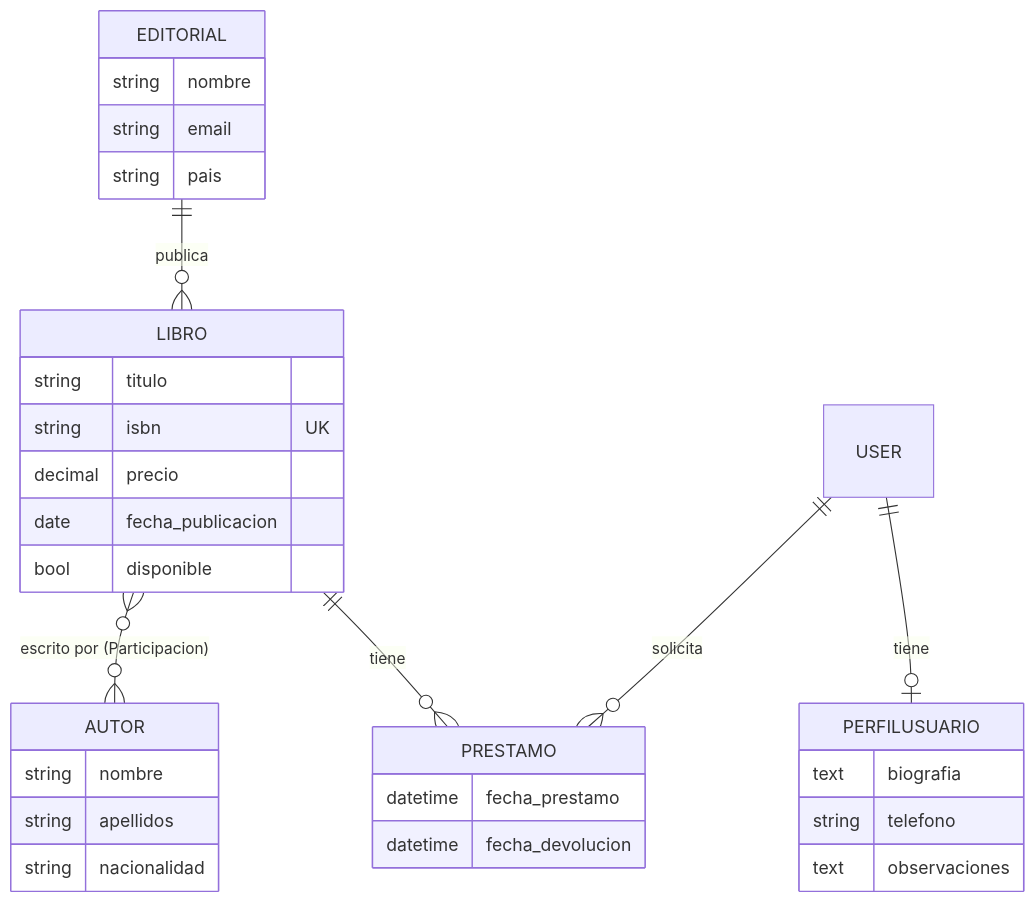
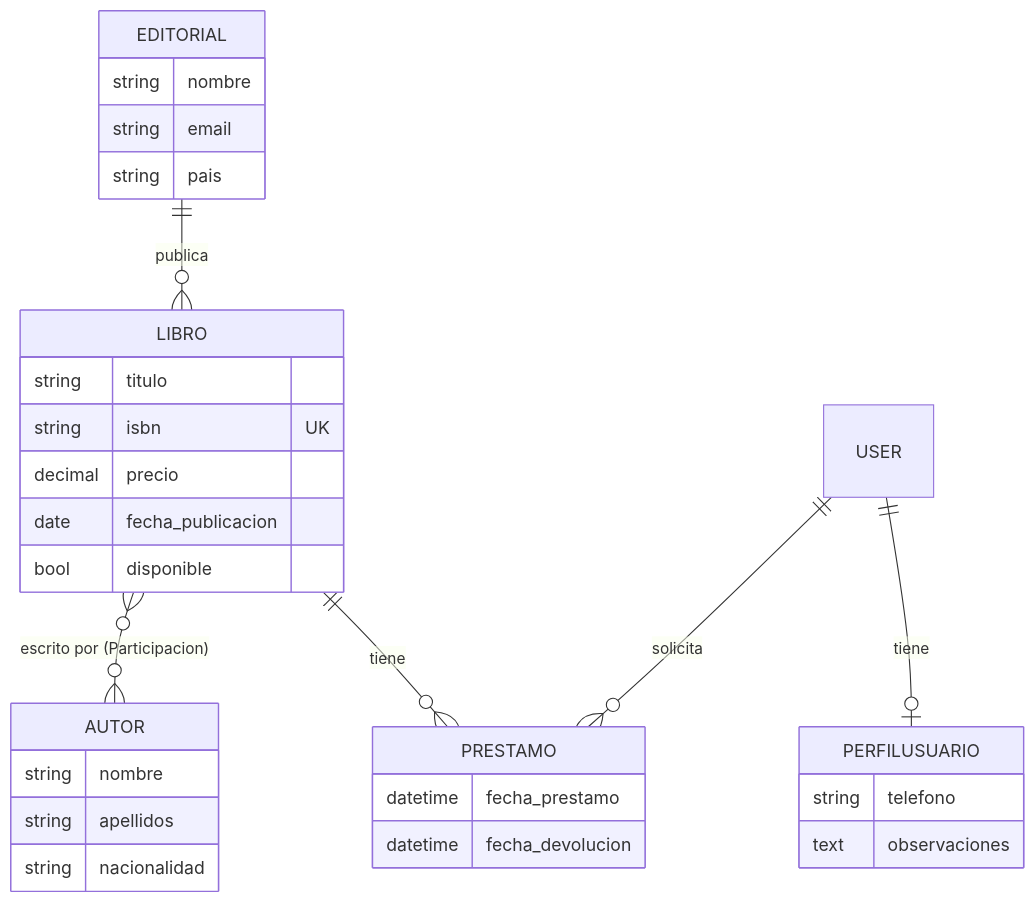
Before and after one commit to joseangelalejo/MiBiblioteca: the diagram in README.md, drawn with Mermaid. The commit also changed other lines of this file and 1 other file, not shown here.

Commit message:
UT4: Corregir SECRET_KEY de ejemplo y diagrama de PerfilUsuario

````diff
--- a/README.md
+++ b/README.md
@@ -32,14 +32,14 @@
 ```mermaid
 erDiagram
     EDITORIAL ||--o{ LIBRO : publica
     LIBRO }o--o{ AUTOR : "escrito por (Participacion)"
     LIBRO ||--o{ PRESTAMO : tiene
     USER ||--o{ PRESTAMO : solicita
     USER ||--o| PERFILUSUARIO : tiene
 
     EDITORIAL { string nombre string email string pais }
     AUTOR { string nombre string apellidos string nacionalidad }
     LIBRO { string titulo string isbn UK decimal precio date fecha_publicacion bool disponible }
     PRESTAMO { datetime fecha_prestamo datetime fecha_devolucion }
-    PERFILUSUARIO { text biografia string telefono text observaciones }
+    PERFILUSUARIO { string telefono text observaciones }
 ```
````
